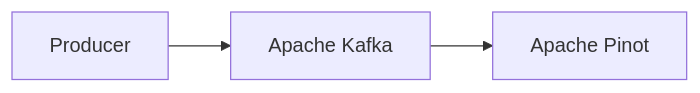
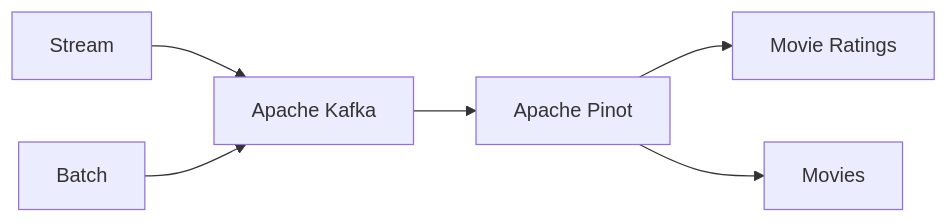
The diagram in README.md (hdulay/pinot-getting-started), drawn with Mermaid before and after one commit. The commit also changed other lines of this file and 9 other files, not shown here.

````diff
--- a/README.md
+++ b/README.md
@@ -4,5 +5,11 @@
 ```mermaid
 flowchart LR
 
-Producer-->k[Apache Kafka]-->p[Apache Pinot]
+Stream-->k[Apache Kafka]-->p[Apache Pinot]
+
+Batch-->k
+
+p-->mrp[Movie Ratings]
+
+p-->Movies
 ```
````
